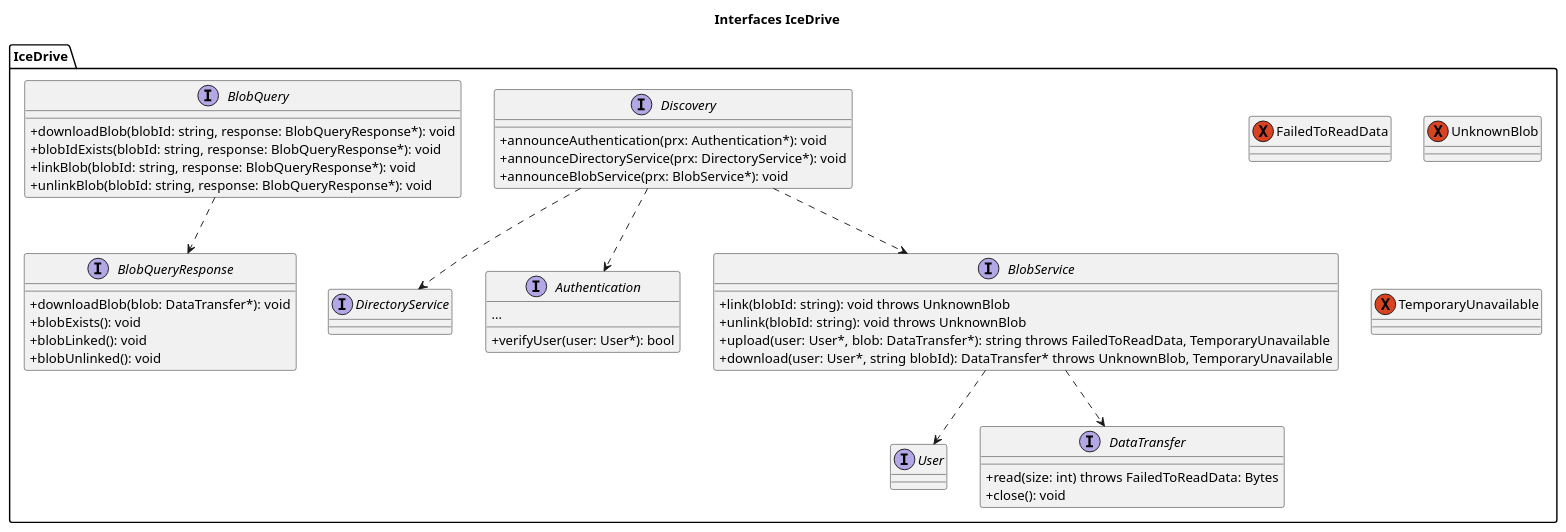
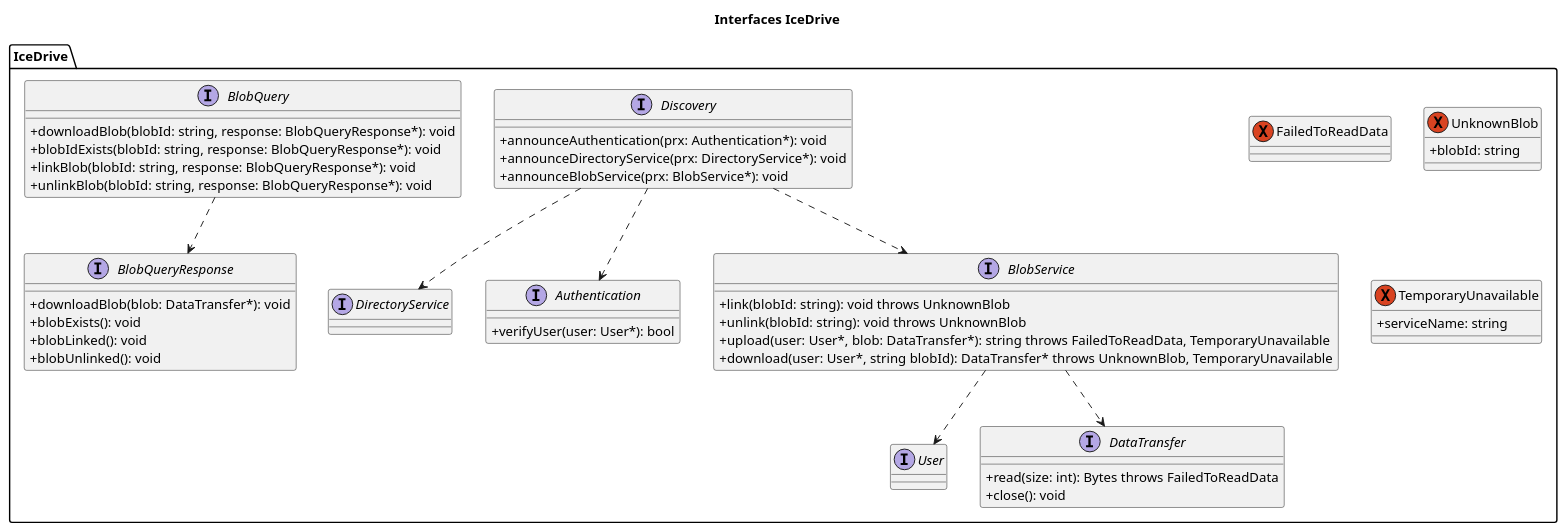
The diagram in doc/src/interfaces.puml (RedBed24/SSDD_2324), drawn with PlantUML before and after one commit. The commit also changed 3 other files, not shown here.

Commit message:
Update index of doc with class diagrams

```diff
--- a/doc/src/interfaces.puml
+++ b/doc/src/interfaces.puml
@@ -1,60 +1,63 @@
 @startuml interfaces
 title Interfaces IceDrive
 
 skinparam ClassAttributeIconSize 0
 
 package IceDrive {
-  interface DirectoryService
+	interface DirectoryService
 	interface User
 
 	exception FailedToReadData
-	exception UnknownBlob
-  exception TemporaryUnavailable
+	exception UnknownBlob {
+		+ blobId: string
+	}
+	exception TemporaryUnavailable {
+		+ serviceName: string
+	}
 
-  Discovery ..> Authentication
-  Discovery ..> DirectoryService
-  Discovery ..> BlobService
+	Discovery ..> Authentication
+	Discovery ..> DirectoryService
+	Discovery ..> BlobService
 
 	BlobService ..> DataTransfer
 	BlobService ..> User
 	BlobQuery ..> BlobQueryResponse
 
 	interface Authentication {
 		+ verifyUser(user: User*): bool
-		...
 	}
 
-  interface Discovery {
+	interface Discovery {
 		+ announceAuthentication(prx: Authentication*): void
 		+ announceDirectoryService(prx: DirectoryService*): void
 		+ announceBlobService(prx: BlobService*): void
-  }
+	}
 
 	interface DataTransfer {
-		+ read(size: int) throws FailedToReadData: Bytes 
-		+ close(): void 
+		+ read(size: int): Bytes throws FailedToReadData
+		+ close(): void
 	}
 
 	interface BlobService {
 		+ link(blobId: string): void throws UnknownBlob
 		+ unlink(blobId: string): void throws UnknownBlob
 		+ upload(user: User*, blob: DataTransfer*): string throws FailedToReadData, TemporaryUnavailable
 		+ download(user: User*, string blobId): DataTransfer* throws UnknownBlob, TemporaryUnavailable
 	}
 
 	interface BlobQueryResponse {
 		+ downloadBlob(blob: DataTransfer*): void
 		+ blobExists(): void
 		+ blobLinked(): void
 		+ blobUnlinked(): void
 	}
 
 	interface BlobQuery {
-		+ downloadBlob(blobId: string, response: BlobQueryResponse*): void 
-		+ blobIdExists(blobId: string, response: BlobQueryResponse*): void 
-		+ linkBlob(blobId: string, response: BlobQueryResponse*): void 
-		+ unlinkBlob(blobId: string, response: BlobQueryResponse*): void 
+		+ downloadBlob(blobId: string, response: BlobQueryResponse*): void
+		+ blobIdExists(blobId: string, response: BlobQueryResponse*): void
+		+ linkBlob(blobId: string, response: BlobQueryResponse*): void
+		+ unlinkBlob(blobId: string, response: BlobQueryResponse*): void
 	}
 }
 
 @enduml
```
